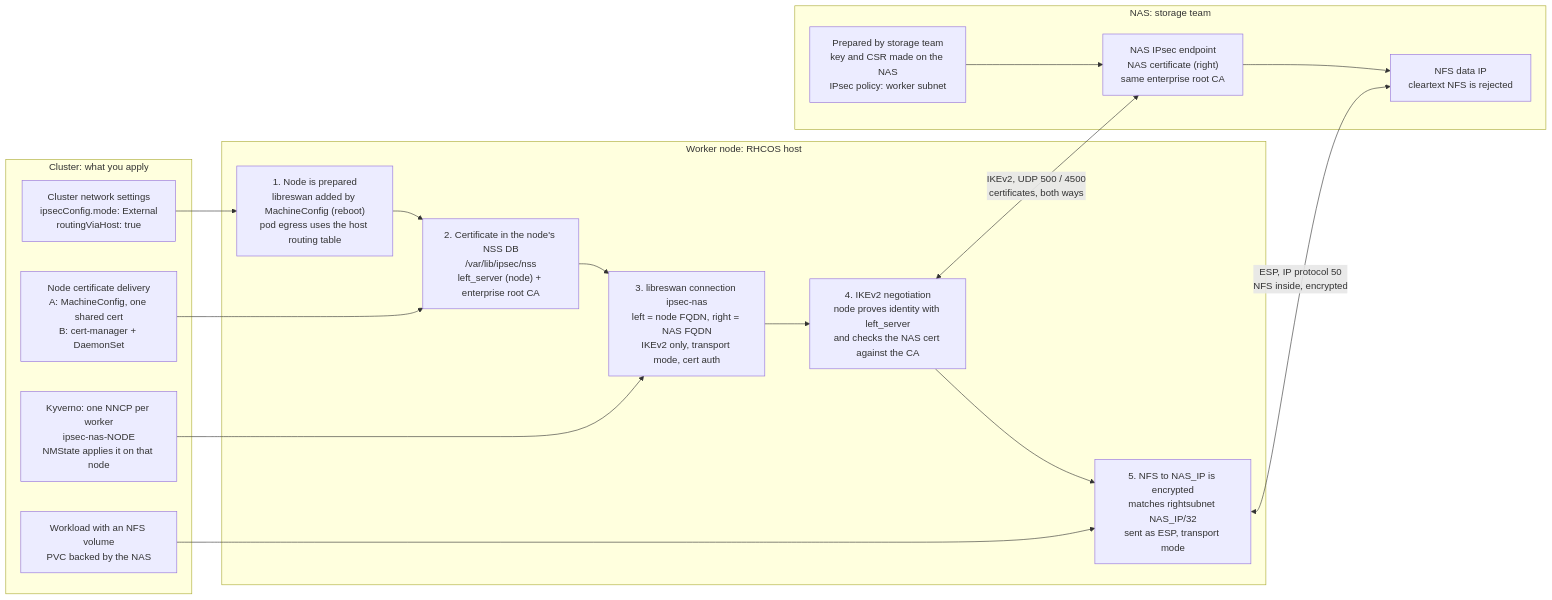
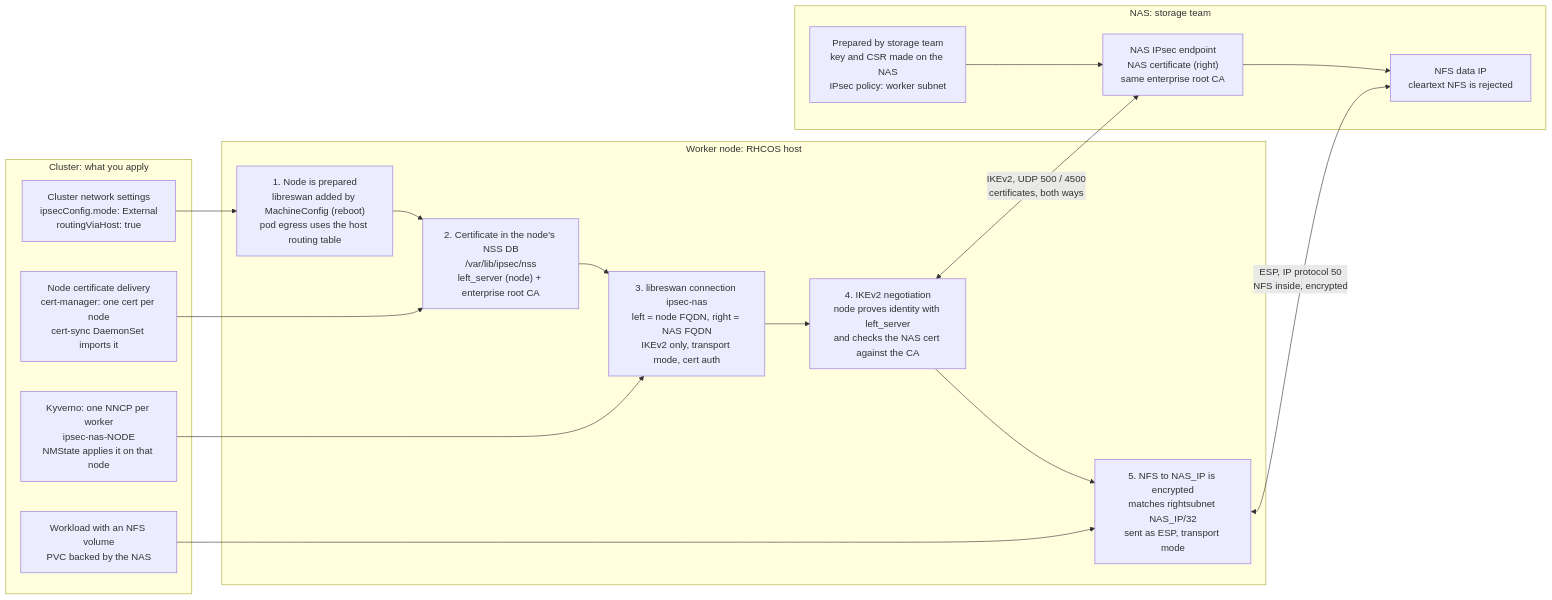
One commit to ephico2real2/openshift-ipsec-nas changed the diagram in docs/diagrams/mermaid/overview.mmd. Above: the diagram before and after it, drawn with Mermaid. The commit also changed 8 other files, not shown here.

First line of the commit message:
Make per-node certificates the standard; move the shared certificate to an appendix

```diff
--- a/docs/diagrams/mermaid/overview.mmd
+++ b/docs/diagrams/mermaid/overview.mmd
@@ -1,29 +1,29 @@
 %% How IPsec from the OpenShift workers to the NAS works (high level).
 %% Text source only. The figure shown in the docs is docs/diagrams/ipsec-nas/overview.*.png.
 flowchart LR
     subgraph CLUSTER["Cluster: what you apply"]
         NET["Cluster network settings<br/>ipsecConfig.mode: External<br/>routingViaHost: true"]
-        CERT["Node certificate delivery<br/>A: MachineConfig, one shared cert<br/>B: cert-manager + DaemonSet"]
+        CERT["Node certificate delivery<br/>cert-manager: one cert per node<br/>cert-sync DaemonSet imports it"]
         NNCP["Kyverno: one NNCP per worker<br/>ipsec-nas-NODE<br/>NMState applies it on that node"]
         WL["Workload with an NFS volume<br/>PVC backed by the NAS"]
     end
     subgraph NODE["Worker node: RHCOS host"]
         N1["1. Node is prepared<br/>libreswan added by MachineConfig (reboot)<br/>pod egress uses the host routing table"]
         N2["2. Certificate in the node's NSS DB<br/>/var/lib/ipsec/nss<br/>left_server (node) + enterprise root CA"]
         N3["3. libreswan connection ipsec-nas<br/>left = node FQDN, right = NAS FQDN<br/>IKEv2 only, transport mode, cert auth"]
         N4["4. IKEv2 negotiation<br/>node proves identity with left_server<br/>and checks the NAS cert against the CA"]
         N5["5. NFS to NAS_IP is encrypted<br/>matches rightsubnet NAS_IP/32<br/>sent as ESP, transport mode"]
         N1 --> N2 --> N3 --> N4 --> N5
     end
     subgraph NAS["NAS: storage team"]
         S0["Prepared by storage team<br/>key and CSR made on the NAS<br/>IPsec policy: worker subnet"]
         S1["NAS IPsec endpoint<br/>NAS certificate (right)<br/>same enterprise root CA"]
         S2["NFS data IP<br/>cleartext NFS is rejected"]
         S0 --> S1 --> S2
     end
     NET --> N1
     CERT --> N2
     NNCP --> N3
     WL --> N5
     N4 <-->|"IKEv2, UDP 500 / 4500<br/>certificates, both ways"| S1
     N5 <-->|"ESP, IP protocol 50<br/>NFS inside, encrypted"| S2
```
